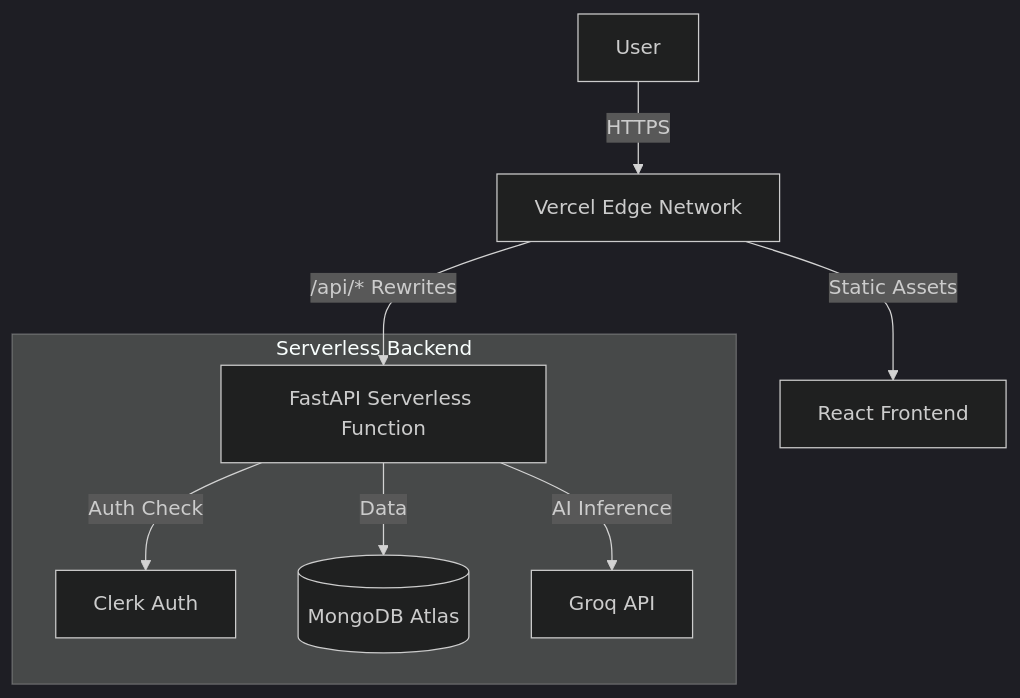
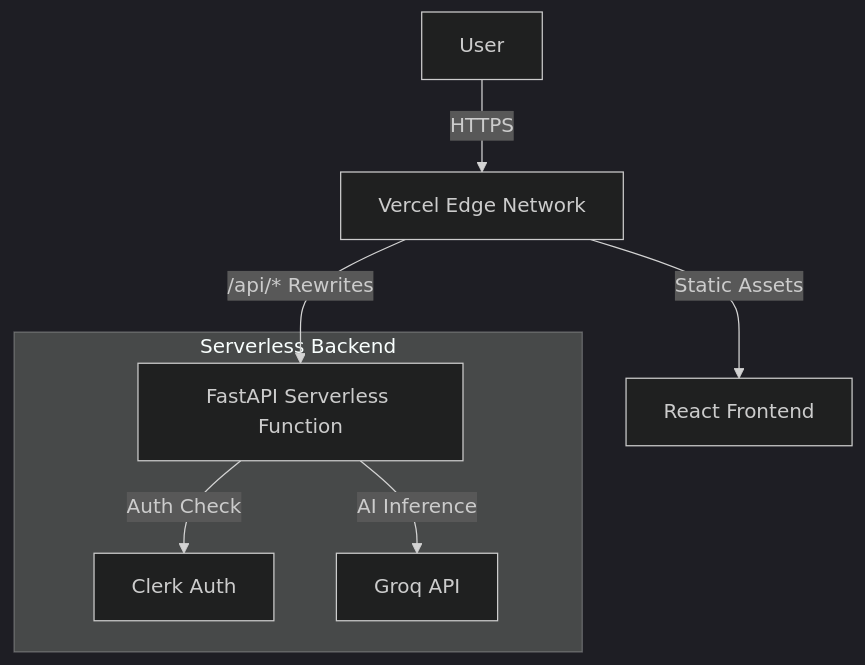
Before and after one commit to dev-Amann/AI-StudyBuddy: the diagram in README.md, drawn with Mermaid (dark theme). The commit also changed other lines of this file, not shown here.

````diff
--- a/README.md
+++ b/README.md
@@ -44,12 +43,11 @@
 ```mermaid
 graph TD
     User[User] -->|HTTPS| Vercel[Vercel Edge Network]
     Vercel -->|Static Assets| Frontend[React Frontend]
     Vercel -->|/api/* Rewrites| Serverless[FastAPI Serverless Function]
     
     subgraph "Serverless Backend"
         Serverless -->|Auth Check| Clerk[Clerk Auth]
-        Serverless -->|Data| DB[(MongoDB Atlas)]
         Serverless -->|AI Inference| Groq[Groq API]
     end
 ```
````
